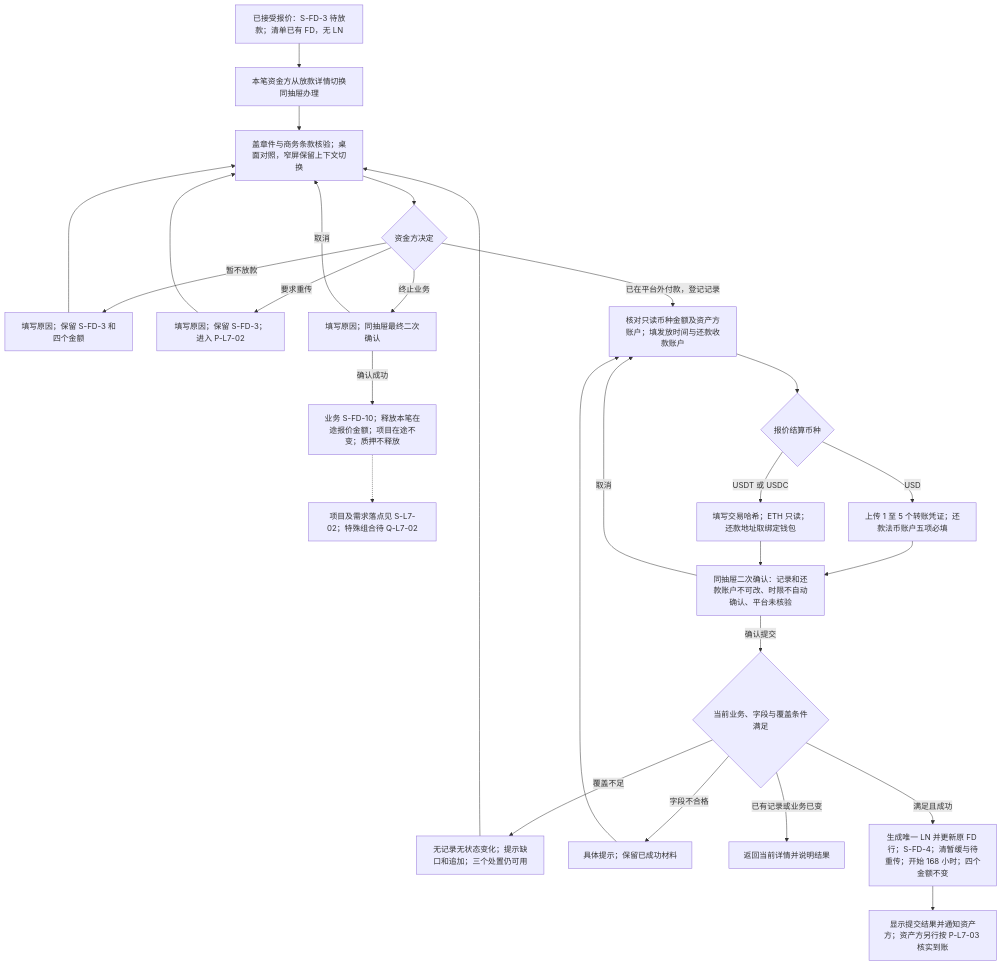
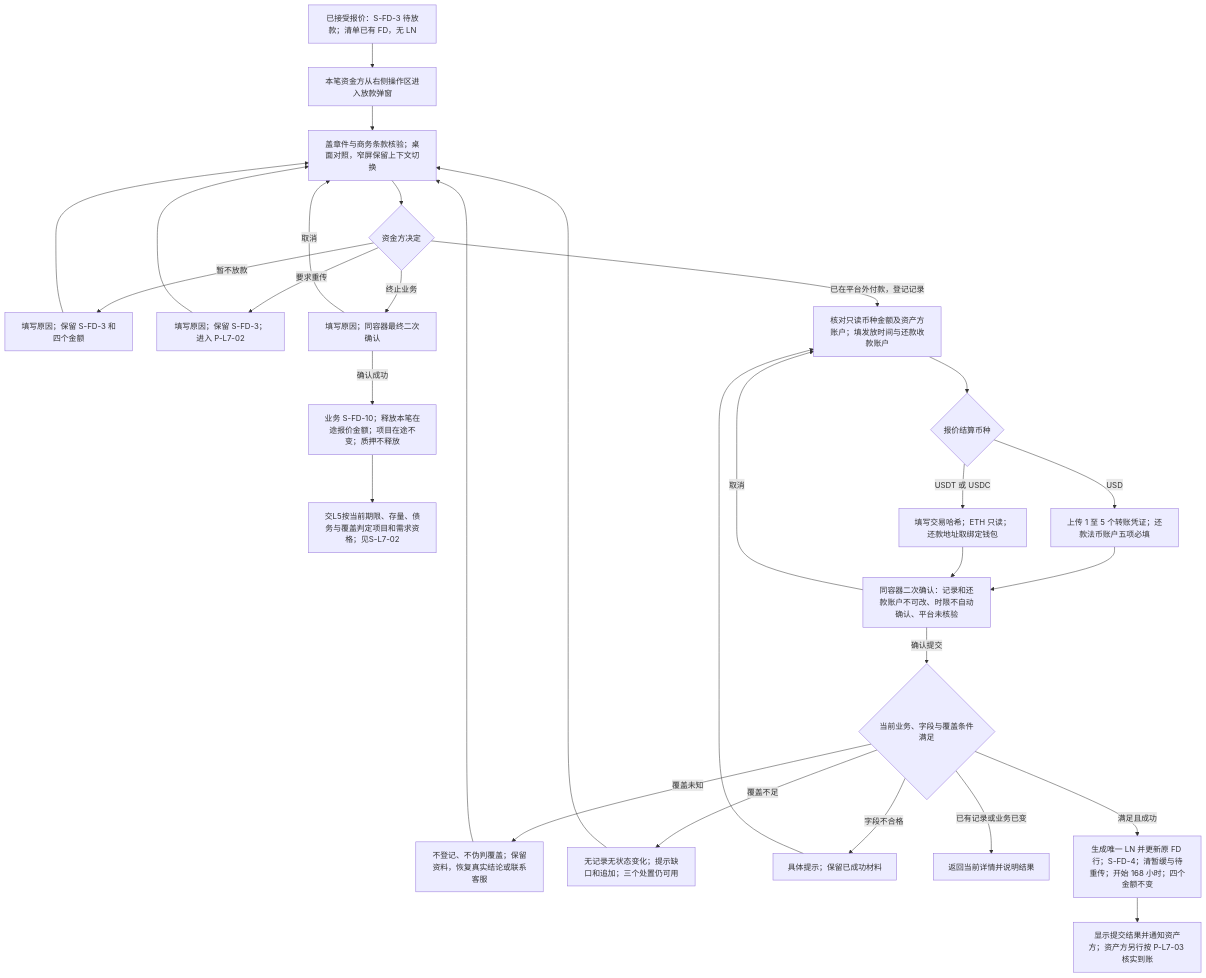
Before and after one commit to wxblockchain/Chain-Financing: the second of 6 diagrams in lending-platform/PRD/v1.0-借贷广场-放款与放款确认/v1.0-借贷广场-放款与放款确认-流程图与状态机.md, drawn with Mermaid. The commit also changed other lines of this file and 2 other files, not shown here.

````diff
--- a/lending-platform/PRD/v1.0-借贷广场-放款与放款确认/v1.0-借贷广场-放款与放款确认-流程图与状态机.md
+++ b/lending-platform/PRD/v1.0-借贷广场-放款与放款确认/v1.0-借贷广场-放款与放款确认-流程图与状态机.md
@@ -53,29 +46,31 @@
 ```mermaid
 flowchart TD
-  A[已接受报价：S-FD-3 待放款；清单已有 FD，无 LN] --> B[本笔资金方从放款详情切换同抽屉办理]
+  A[已接受报价：S-FD-3 待放款；清单已有 FD，无 LN] --> B[本笔资金方从右侧操作区进入放款弹窗]
   B --> C[盖章件与商务条款核验；桌面对照，窄屏保留上下文切换]
   C --> D{资金方决定}
   D -->|暂不放款| H[填写原因；保留 S-FD-3 和四个金额]
   H --> C
   D -->|要求重传| R[填写原因；保留 S-FD-3；进入 P-L7-02]
   R --> C
-  D -->|终止业务| T[填写原因；同抽屉最终二次确认]
+  D -->|终止业务| T[填写原因；同容器最终二次确认]
   T -->|取消| C
   T -->|确认成功| U[业务 S-FD-10；释放本笔在途报价金额；项目在途不变；质押不释放]
-  U -.-> Z[项目及需求落点见 S-L7-02；特殊组合待 Q-L7-02]
+  U --> Z[交L5按当前期限、存量、债务与覆盖判定项目和需求资格；见S-L7-02]
   D -->|已在平台外付款，登记记录| F[核对只读币种金额及资产方账户；填发放时间与还款收款账户]
   F --> G{报价结算币种}
   G -->|USD| I[上传 1 至 5 个转账凭证；还款法币账户五项必填]
   G -->|USDT 或 USDC| J[填写交易哈希；ETH 只读；还款地址取绑定钱包]
-  I --> K[同抽屉二次确认：记录和还款账户不可改、时限不自动确认、平台未核验]
+  I --> K[同容器二次确认：记录和还款账户不可改、时限不自动确认、平台未核验]
   J --> K
   K -->|取消| F
   K -->|确认提交| V{当前业务、字段与覆盖条件满足}
+  V -->|覆盖未知| WU[不登记、不伪判覆盖；保留资料，恢复真实结论或联系客服]
+  WU --> C
   V -->|覆盖不足| W[无记录无状态变化；提示缺口和追加；三个处置仍可用]
   W --> C
   V -->|字段不合格| X[具体提示；保留已成功材料]
   X --> F
   V -->|已有记录或业务已变| Y[返回当前详情并说明结果]
   V -->|满足且成功| N[生成唯一 LN 并更新原 FD 行；S-FD-4；清暂缓与待重传；开始 168 小时；四个金额不变]
   N --> O[显示提交结果并通知资产方；资产方另行按 P-L7-03 核实到账]
 ```
````
